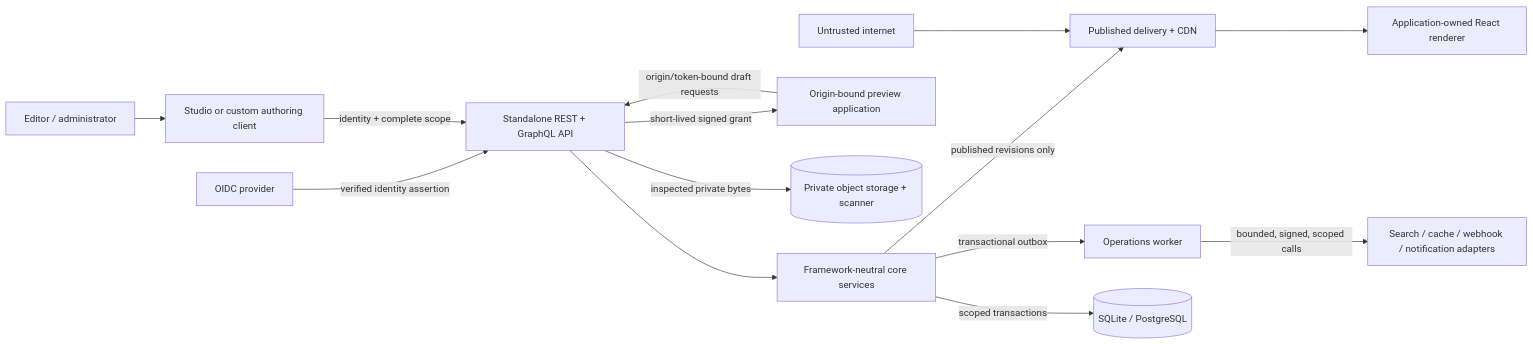
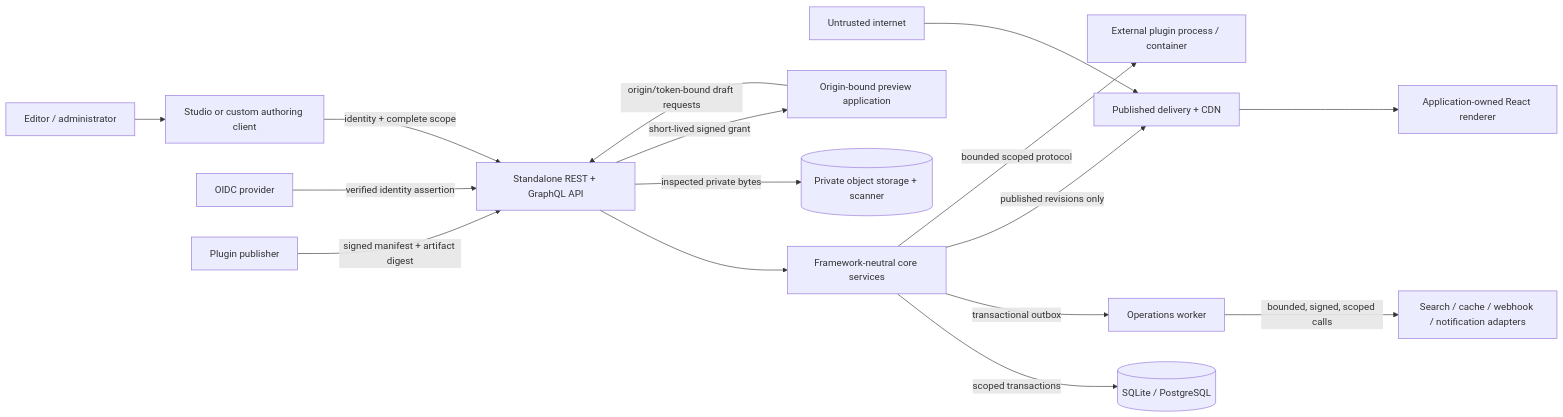
The diagram in docs/security/threat-model.md (Seance1723/GridStory), drawn with Mermaid before and after one commit. The commit also changed other lines of this file and 24 other files, not shown here.

````diff
--- a/docs/security/threat-model.md
+++ b/docs/security/threat-model.md
@@ -9,30 +9,34 @@
 ```mermaid
 flowchart LR
   internet["Untrusted internet"]
   editor["Editor / administrator"]
   studio["Studio or custom authoring client"]
   api["Standalone REST + GraphQL API"]
   core["Framework-neutral core services"]
   db[("SQLite / PostgreSQL")]
   worker["Operations worker"]
   adapters["Search / cache / webhook / notification adapters"]
   object[("Private object storage + scanner")]
   preview["Origin-bound preview application"]
   delivery["Published delivery + CDN"]
   app["Application-owned React renderer"]
   idp["OIDC provider"]
+  publisher["Plugin publisher"]
+  plugin["External plugin process / container"]
 
   editor --> studio
   internet --> delivery
   studio -->|"identity + complete scope"| api
   idp -->|"verified identity assertion"| api
   api --> core
   core -->|"scoped transactions"| db
   core -->|"transactional outbox"| worker
   worker -->|"bounded, signed, scoped calls"| adapters
   api -->|"inspected private bytes"| object
   api -->|"short-lived signed grant"| preview
   preview -->|"origin/token-bound draft requests"| api
   core -->|"published revisions only"| delivery
   delivery --> app
+  publisher -->|"signed manifest + artifact digest"| api
+  core -->|"bounded scoped protocol"| plugin
 ```
````
